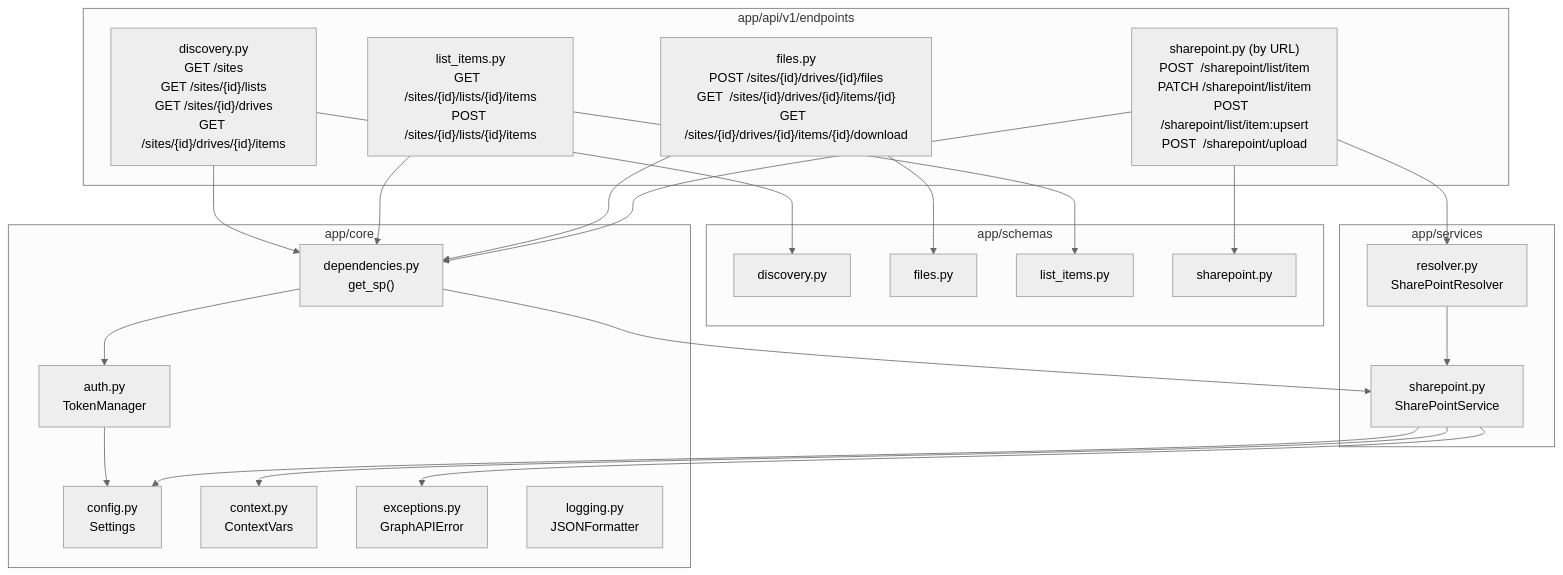
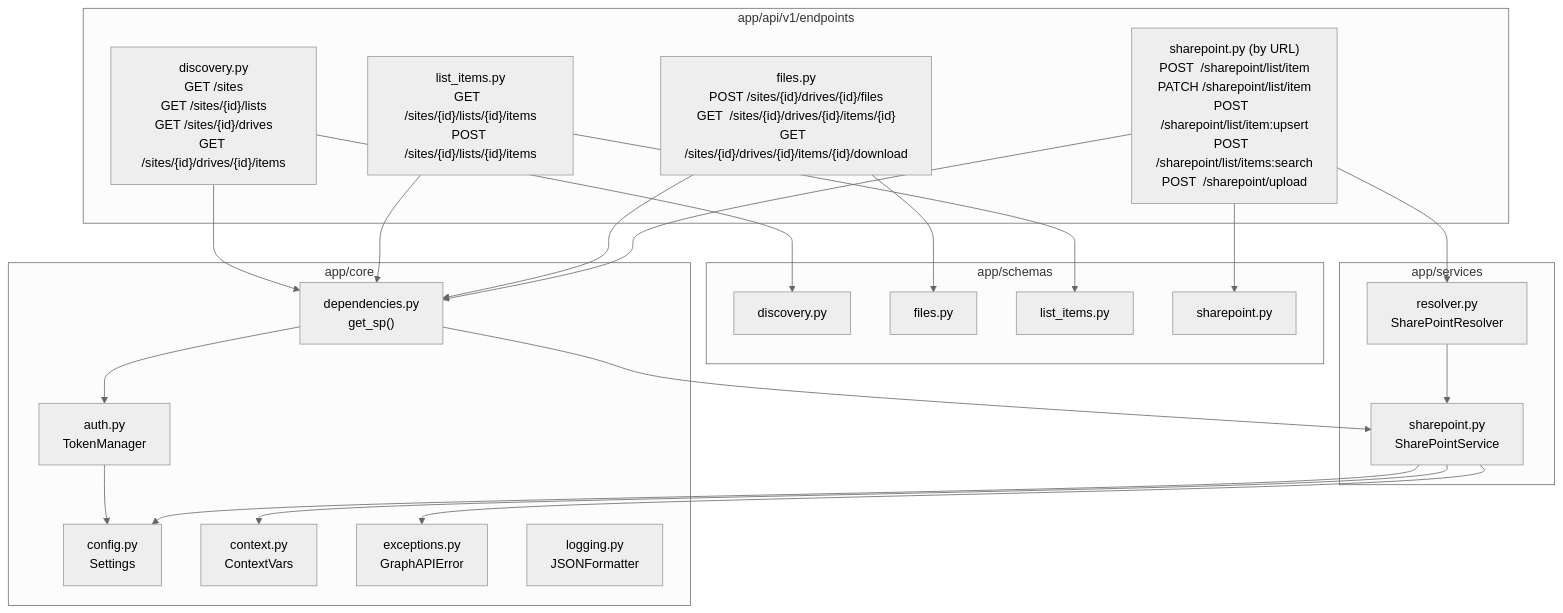
One commit to juclopezal/SharepointConector changed the second of 4 diagrams in ARQUITECTURA.md. Above: the diagram before and after it, drawn with Mermaid (neutral theme). The commit also changed other lines of this file and 41 other files, not shown here.

````diff
--- a/ARQUITECTURA.md
+++ b/ARQUITECTURA.md
@@ -73,44 +73,44 @@
 ```mermaid
 graph TD
     subgraph "app/api/v1/endpoints"
         EP_DISC["discovery.py\nGET /sites\nGET /sites/{id}/lists\nGET /sites/{id}/drives\nGET /sites/{id}/drives/{id}/items"]
         EP_LIST["list_items.py\nGET  /sites/{id}/lists/{id}/items\nPOST /sites/{id}/lists/{id}/items"]
         EP_FILE["files.py\nPOST /sites/{id}/drives/{id}/files\nGET  /sites/{id}/drives/{id}/items/{id}\nGET  /sites/{id}/drives/{id}/items/{id}/download"]
-        EP_SP["sharepoint.py (by URL)\nPOST  /sharepoint/list/item\nPATCH /sharepoint/list/item\nPOST  /sharepoint/list/item:upsert\nPOST  /sharepoint/upload"]
+        EP_SP["sharepoint.py (by URL)\nPOST  /sharepoint/list/item\nPATCH /sharepoint/list/item\nPOST  /sharepoint/list/item:upsert\nPOST  /sharepoint/list/items:search\nPOST  /sharepoint/upload"]
     end
 
     subgraph "app/core"
         AUTH["auth.py\nTokenManager"]
         CFG["config.py\nSettings"]
         CTX["context.py\nContextVars"]
         DEP["dependencies.py\nget_sp()"]
         EXC["exceptions.py\nGraphAPIError"]
         LOG["logging.py\nJSONFormatter"]
     end
 
     subgraph "app/schemas"
         SCH_D["discovery.py"]
         SCH_F["files.py"]
         SCH_L["list_items.py"]
         SCH_SP["sharepoint.py"]
     end
 
     subgraph "app/services"
         SRV["sharepoint.py\nSharePointService"]
         RES["resolver.py\nSharePointResolver"]
     end
 
     EP_DISC & EP_LIST & EP_FILE & EP_SP --> DEP
     EP_DISC --> SCH_D
     EP_FILE --> SCH_F
     EP_LIST --> SCH_L
     EP_SP --> SCH_SP
     EP_SP --> RES
     RES --> SRV
     DEP --> SRV
     DEP --> AUTH
     SRV --> CTX
     SRV --> EXC
     AUTH --> CFG
     SRV --> CFG
 ```
````
